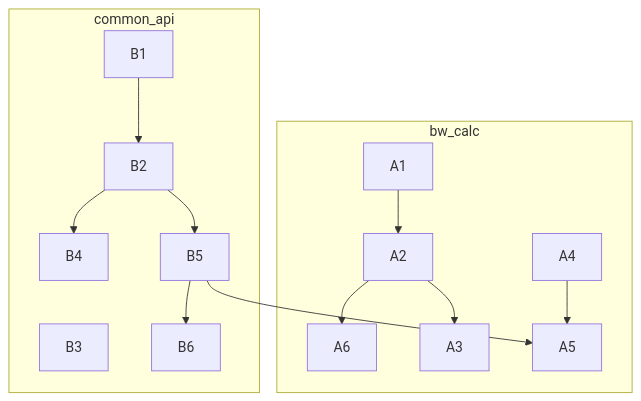
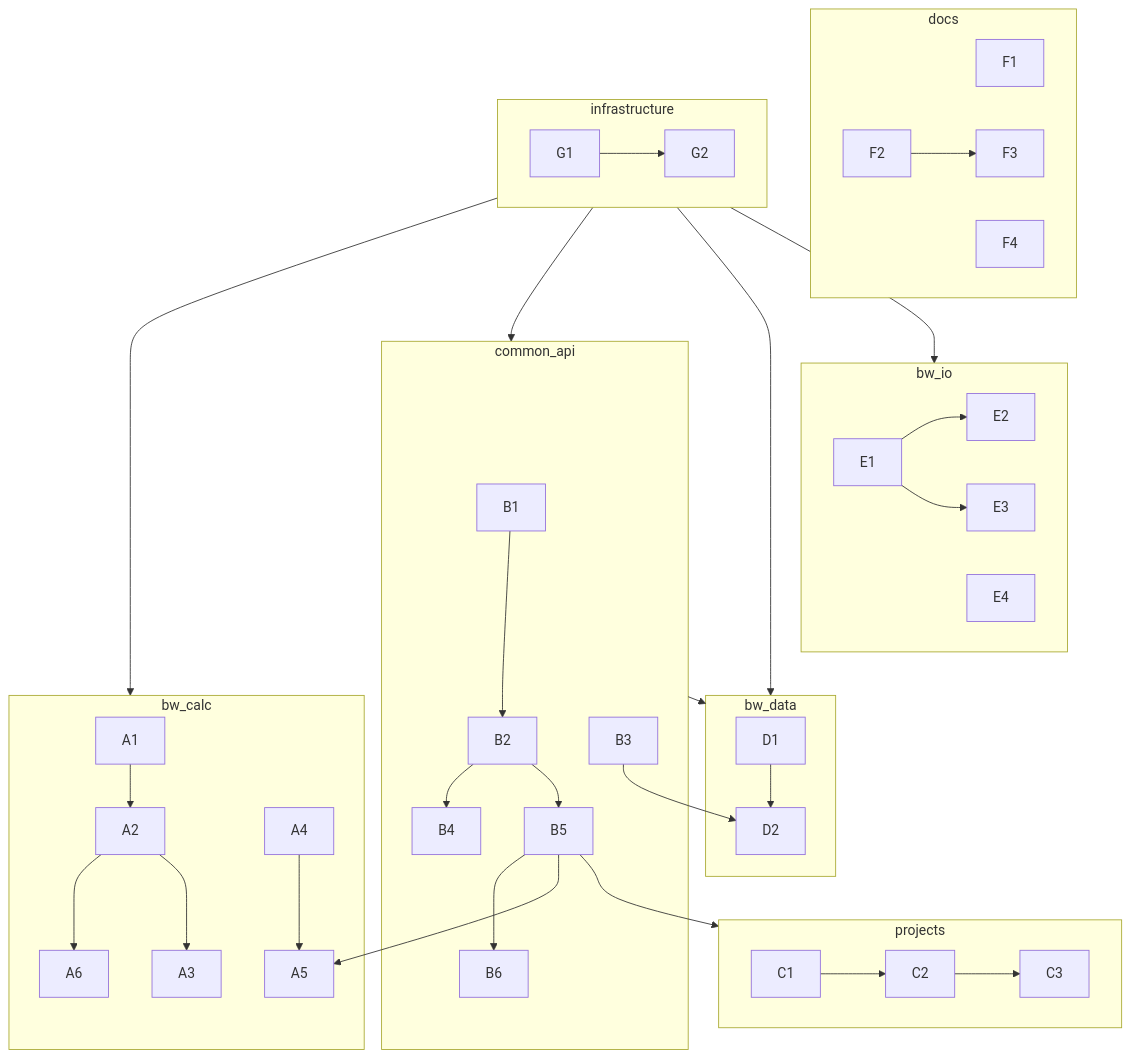
Before and after one commit to brightway-lca/enhancement-proposals: the diagram in Brightway strategic development plan.md, drawn with Mermaid.

Commit message:
Restore full graph

````diff
--- a/Brightway strategic development plan.md
+++ b/Brightway strategic development plan.md
@@ -148,21 +148,55 @@
 ```mermaid
   flowchart TD
 
   subgraph bw_calc
     A1 --> A2
     A2 --> A6
     A2 --> A3
     A4 --> A5
   end
 
   subgraph common_api
     B1 --> B2
     B2 --> B4
     B3
     B2 --> B5
     B5 --> B6
   end
 
   B5 --> A5
 
+  subgraph projects
+    C1 --> C2
+    C2 --> C3
+  end
+
+  B5 --> projects
+
+  subgraph bw_data
+    D1 --> D2
+  end
+
+  common_api --> bw_data
+  B3 --> D2
+
+  subgraph bw_io
+    E1 --> E2
+    E1 --> E3
+    E4
+  end
+
+  subgraph docs
+    F1
+    F2 --> F3
+    F4
+  end
+
+  subgraph infrastructure
+    G1 --> G2
+  end
+
+  infrastructure --> bw_calc
+  infrastructure --> common_api
+  infrastructure --> bw_data
+  infrastructure --> bw_io
 ```
````
